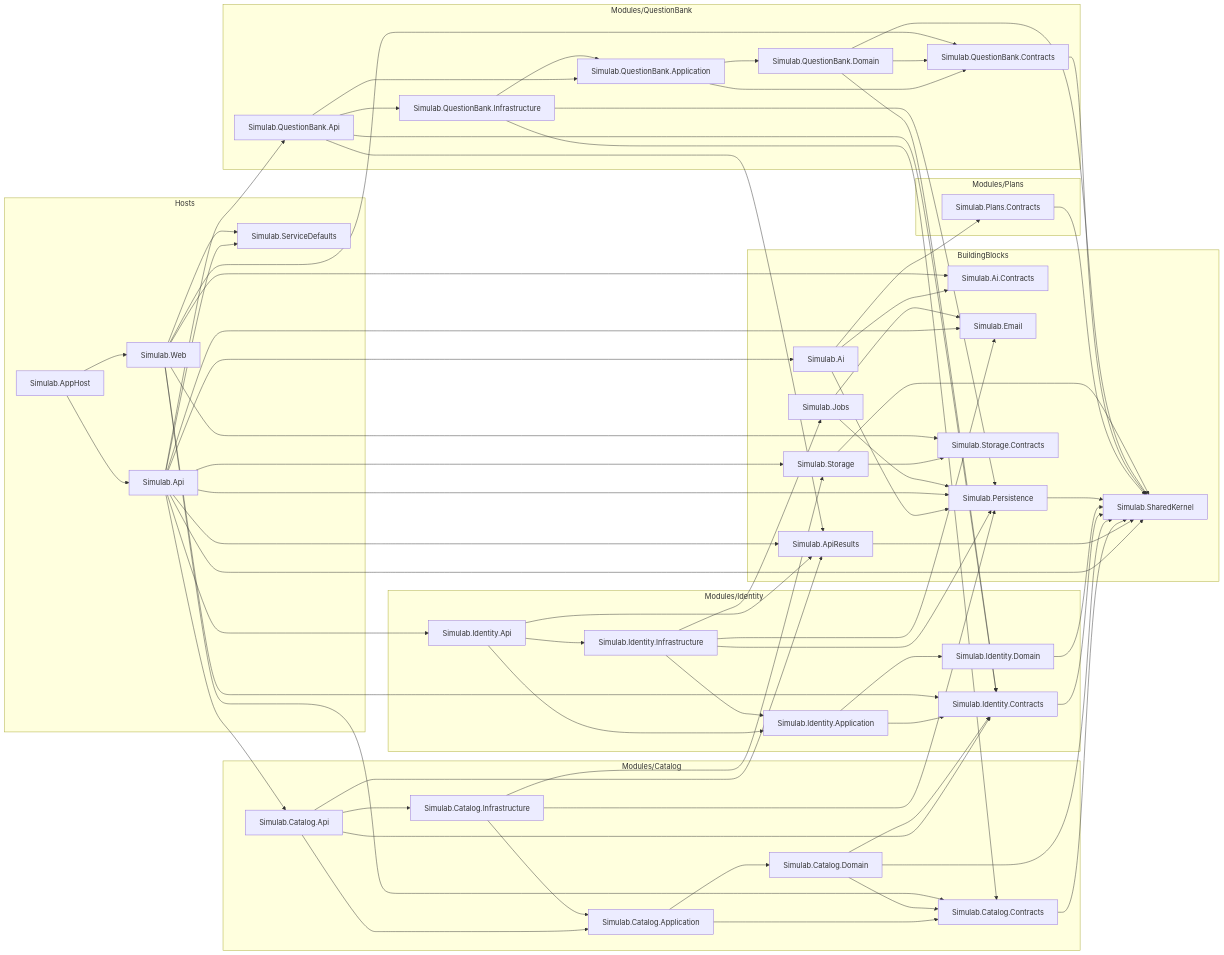
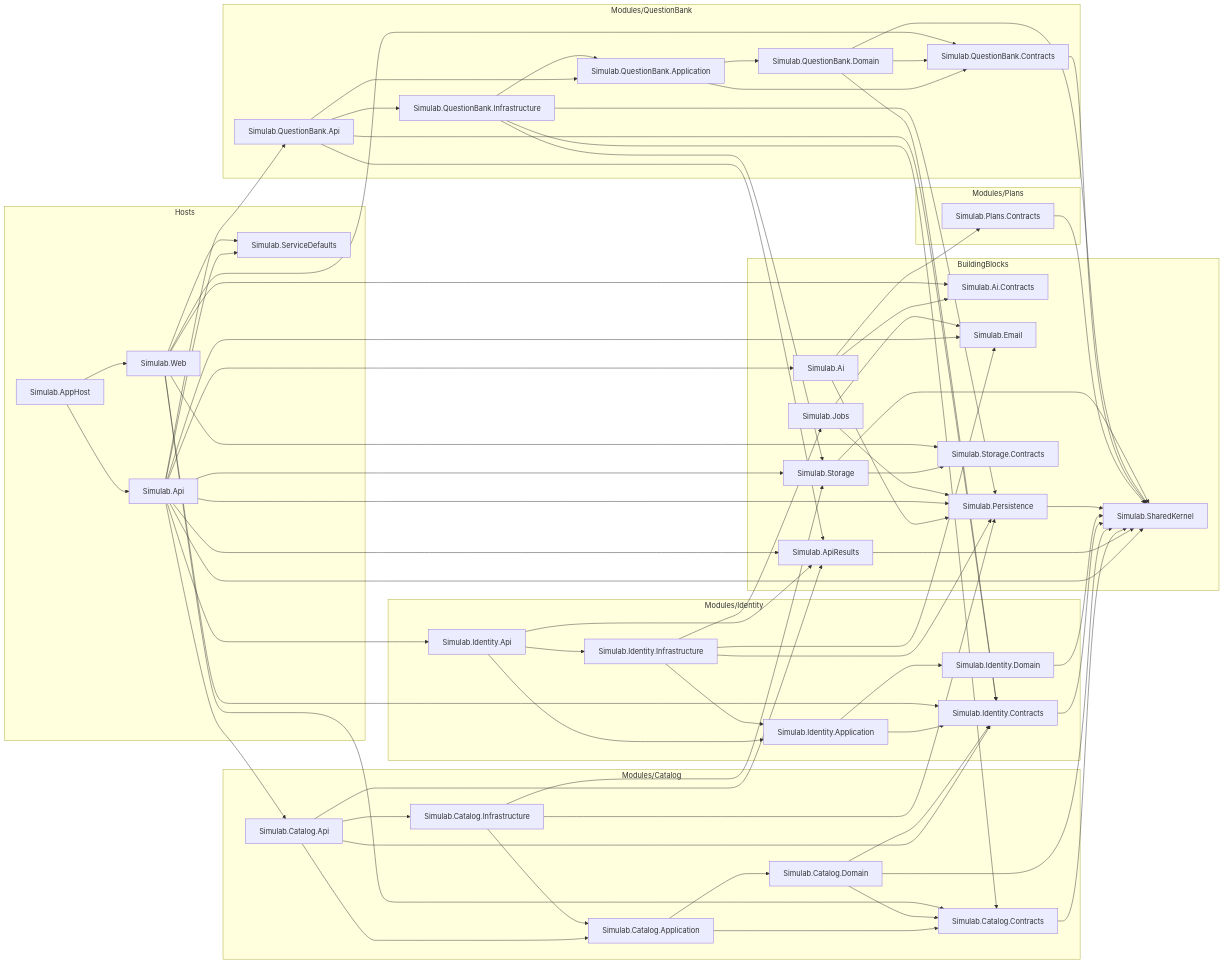
One commit to alexcanario/simulab changed the diagram in docs/architecture/modules.md. Above: the diagram before and after it, drawn with Mermaid. The commit also changed 8 other files, not shown here.

Commit message:
docs(F-103): the images flow page, the base text step, the OpenAPI document and the generated architecture docs

```diff
--- a/docs/architecture/modules.md
+++ b/docs/architecture/modules.md
@@ -102,6 +102,7 @@
     Simulab_QuestionBank_Infrastructure --> Simulab_Catalog_Contracts
     Simulab_QuestionBank_Infrastructure --> Simulab_Persistence
     Simulab_QuestionBank_Infrastructure --> Simulab_QuestionBank_Application
+    Simulab_QuestionBank_Infrastructure --> Simulab_Storage
     Simulab_Storage --> Simulab_SharedKernel
     Simulab_Storage --> Simulab_Storage_Contracts
     Simulab_Web --> Simulab_Ai_Contracts
```
